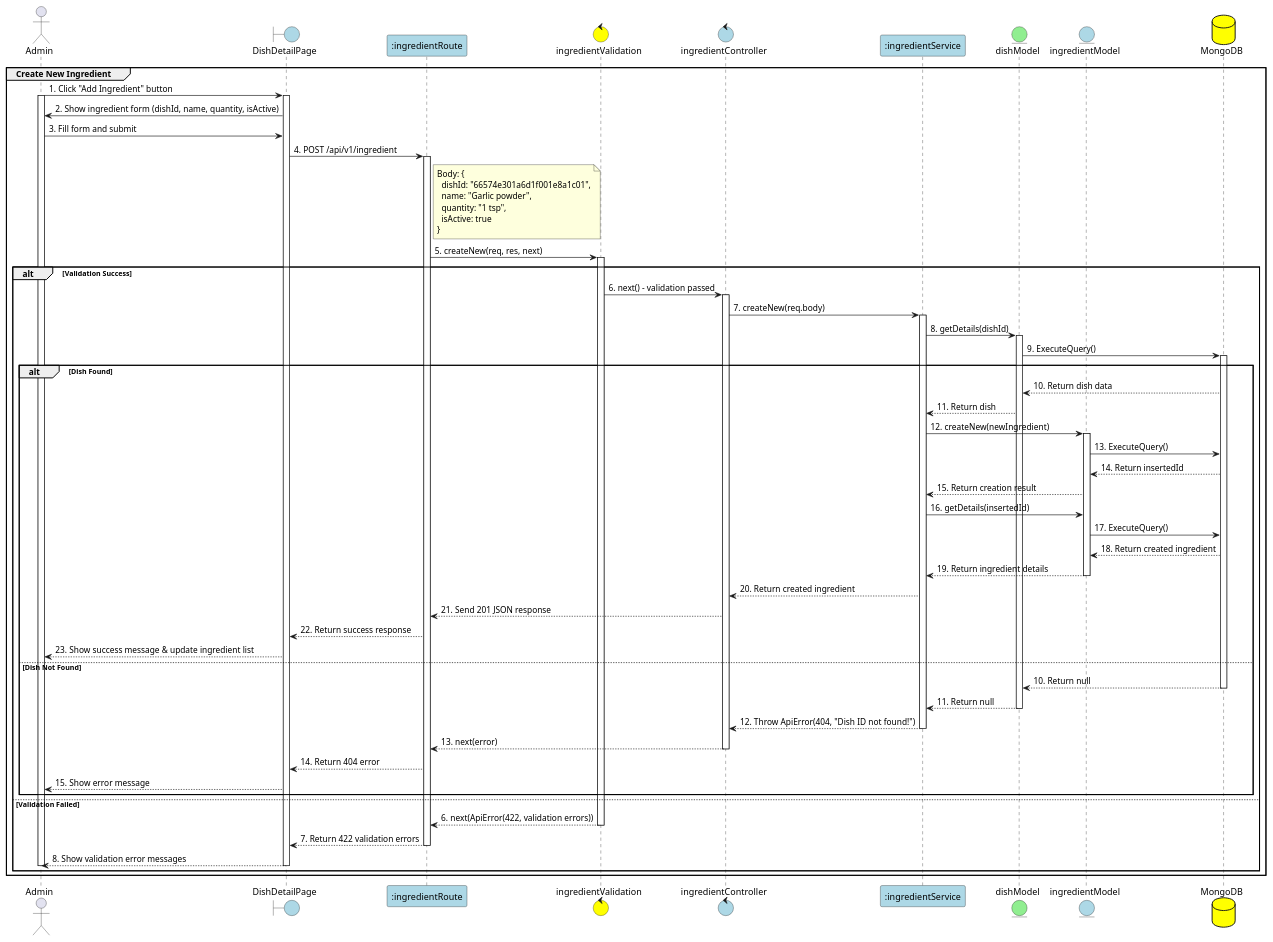
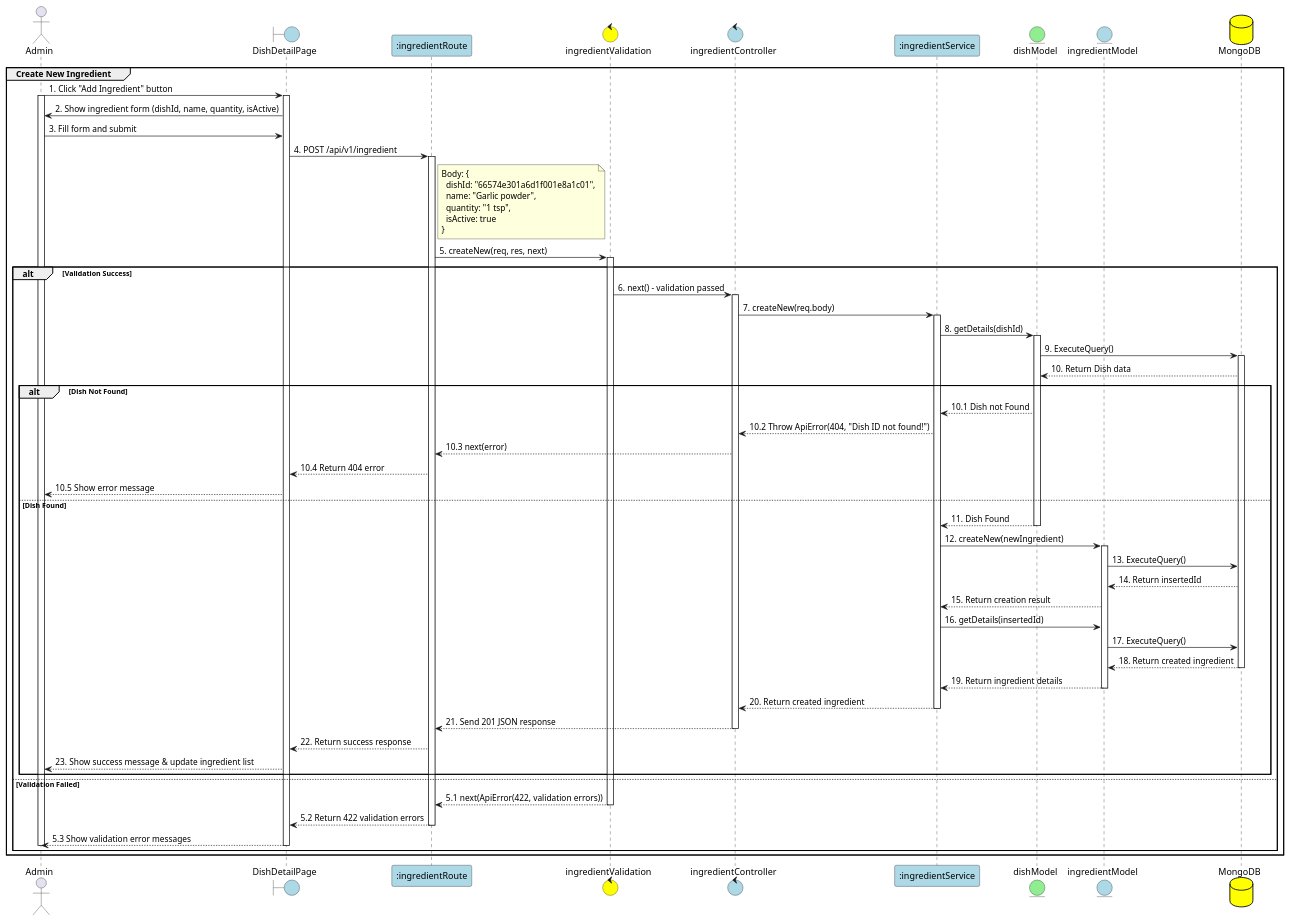
One commit to Aohkne/CaloCook changed the diagram in PlanUML/24_CreateIngredient.puml. Above: the diagram before and after it, drawn with PlantUML. The commit also changed 6 other files, not shown here.

```diff
--- a/PlanUML/24_CreateIngredient.puml
+++ b/PlanUML/24_CreateIngredient.puml
@@ -1,105 +1,103 @@
 @startuml CreateIngredient
 
 actor "Admin" as Admin
 boundary "DishDetailPage" as View #lightblue
 participant ":ingredientRoute" as Route #lightblue
 control "ingredientValidation" as Validation #yellow
 control "ingredientController" as Controller #lightblue
 participant ":ingredientService" as Service #lightblue
 entity "dishModel" as DishModel #lightgreen
 entity "ingredientModel" as IngredientModel #lightblue
 database "MongoDB" as MongoDB #yellow
 
 group Create New Ingredient
 
 Admin -> View: 1. Click "Add Ingredient" button
 activate View
 activate Admin
 
 View -> Admin: 2. Show ingredient form (dishId, name, quantity, isActive)
 
 Admin -> View: 3. Fill form and submit
 View -> Route: 4. POST /api/v1/ingredient
 activate Route
 
 note right of Route: Body: {\n  dishId: "66574e301a6d1f001e8a1c01",\n  name: "Garlic powder",\n  quantity: "1 tsp",\n  isActive: true\n}
 
 Route -> Validation: 5. createNew(req, res, next)
 activate Validation
 
 alt Validation Success
     Validation -> Controller: 6. next() - validation passed
     
     activate Controller
     Controller -> Service: 7. createNew(req.body)
     activate Service
     
     Service -> DishModel: 8. getDetails(dishId)
     activate DishModel
     
     DishModel -> MongoDB: 9. ExecuteQuery()
     activate MongoDB
-    
-    alt Dish Found
-        MongoDB --> DishModel: 10. Return dish data
+    MongoDB --> DishModel: 10. Return Dish data
 
-        DishModel --> Service: 11. Return dish
+    alt Dish Not Found
+        DishModel --> Service: 10.1 Dish not Found
+        
+        Service --> Controller: 10.2 Throw ApiError(404, "Dish ID not found!")
+        
+        Controller --> Route: 10.3 next(error)
+        
+        Route --> View: 10.4 Return 404 error
+        
+        View --> Admin: 10.5 Show error message
+
+    else Dish Found
+        DishModel --> Service: 11. Dish Found
+        deactivate DishModel
         
         Service -> IngredientModel: 12. createNew(newIngredient)
         activate IngredientModel
         
         IngredientModel -> MongoDB: 13. ExecuteQuery()
         
         MongoDB --> IngredientModel: 14. Return insertedId
         
         IngredientModel --> Service: 15. Return creation result
         
         Service -> IngredientModel: 16. getDetails(insertedId)
         
         IngredientModel -> MongoDB: 17. ExecuteQuery()
         
         MongoDB --> IngredientModel: 18. Return created ingredient
+        deactivate MongoDB
         
         IngredientModel --> Service: 19. Return ingredient details
         deactivate IngredientModel
         
         Service --> Controller: 20. Return created ingredient
+        deactivate Service
         
         Controller --> Route: 21. Send 201 JSON response
+        deactivate Controller
         
         Route --> View: 22. Return success response
         
         View --> Admin: 23. Show success message & update ingredient list
-        
-    else Dish Not Found
-        MongoDB --> DishModel: 10. Return null
-        deactivate MongoDB
-        DishModel --> Service: 11. Return null
-        deactivate DishModel
-        
-        Service --> Controller: 12. Throw ApiError(404, "Dish ID not found!")
-        deactivate Service
-        
-        Controller --> Route: 13. next(error)
-        deactivate Controller
-        
-        Route --> View: 14. Return 404 error
-        
-        View --> Admin: 15. Show error message
     end
     
 else Validation Failed
-    Validation --> Route: 6. next(ApiError(422, validation errors))
+    Validation --> Route: 5.1 next(ApiError(422, validation errors))
     deactivate Validation
     
-    Route --> View: 7. Return 422 validation errors
+    Route --> View: 5.2 Return 422 validation errors
     deactivate Route
     
-    View --> Admin: 8. Show validation error messages
+    View --> Admin: 5.3 Show validation error messages
+    deactivate View
     deactivate Admin
-    deactivate View
 end
 
 end
 
 @enduml
```
